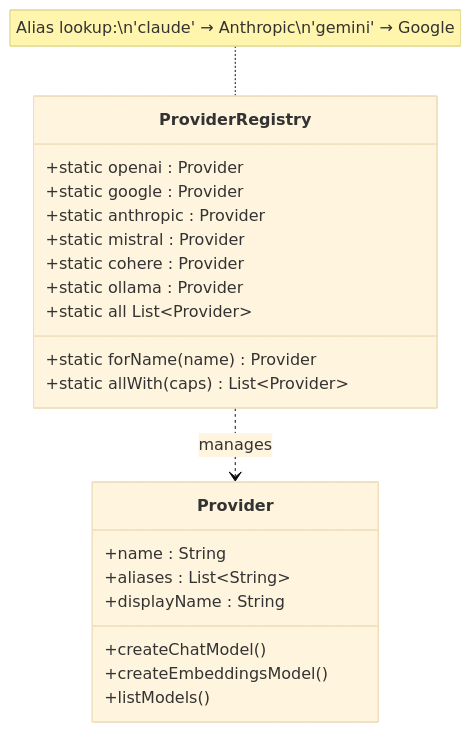
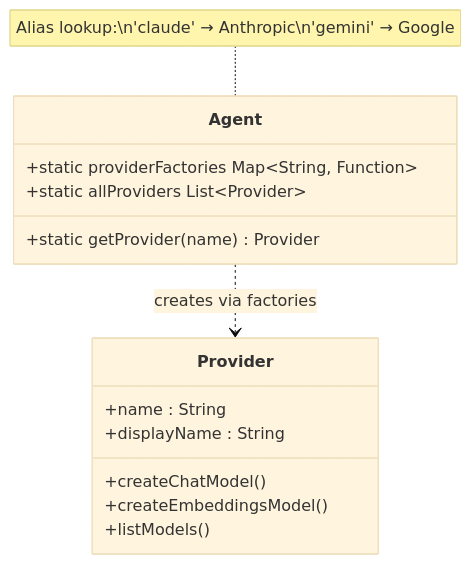
Before and after one commit to csells/dartantic: the second of 3 diagrams in wiki/Unified-Provider-Architecture.md, drawn with Mermaid (base theme). The commit also changed other lines of this file and 179 other files, not shown here.

````diff
--- a/wiki/Unified-Provider-Architecture.md
+++ b/wiki/Unified-Provider-Architecture.md
@@ -110,27 +110,20 @@
 ```mermaid
 classDiagram
-    class ProviderRegistry {
-        +static openai : Provider
-        +static google : Provider
-        +static anthropic : Provider
-        +static mistral : Provider
-        +static cohere : Provider
-        +static ollama : Provider
-        +static forName(name) Provider
-        +static all List~Provider~
-        +static allWith(caps) List~Provider~
+    class Agent {
+        +static providerFactories Map~String, Function~
+        +static getProvider(name) Provider
+        +static allProviders List~Provider~
     }
-    
+
     class Provider {
         +name : String
-        +aliases : List~String~
         +displayName : String
         +createChatModel()
         +createEmbeddingsModel()
         +listModels()
     }
-    
-    ProviderRegistry ..> Provider : manages
-    
-    note for ProviderRegistry "Alias lookup:\n'claude' → Anthropic\n'gemini' → Google"
+
+    Agent ..> Provider : creates via factories
+
+    note for Agent "Alias lookup:\n'claude' → Anthropic\n'gemini' → Google"
 ```
````
